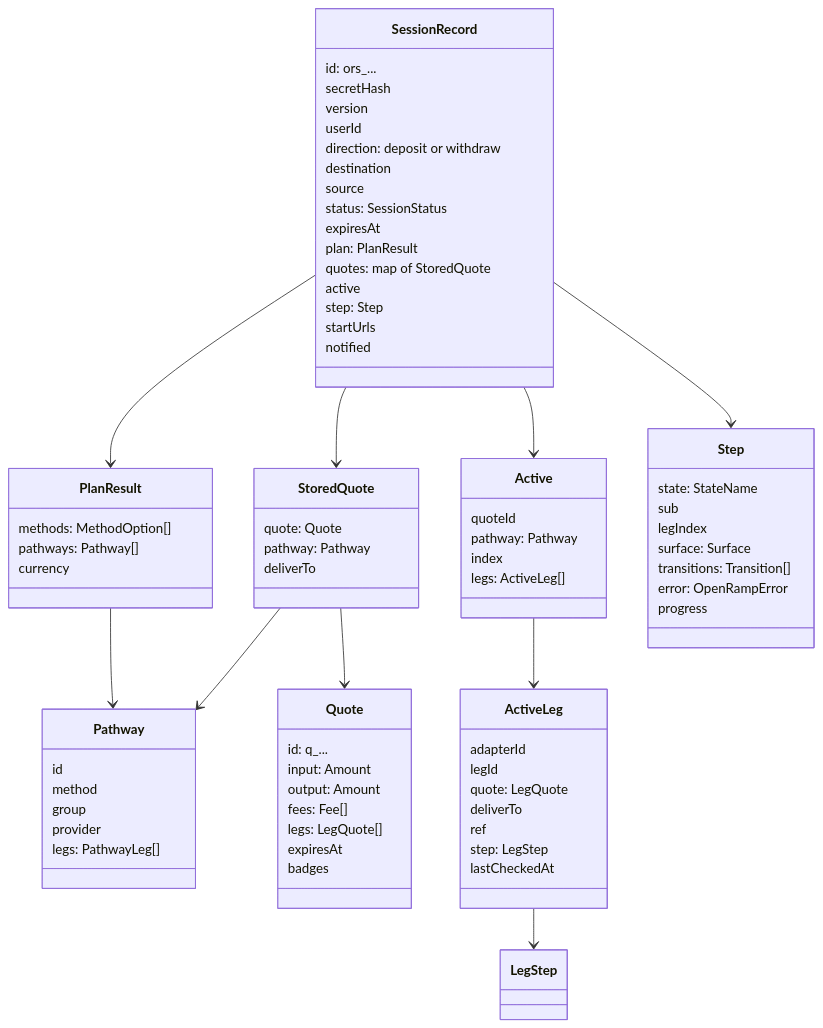
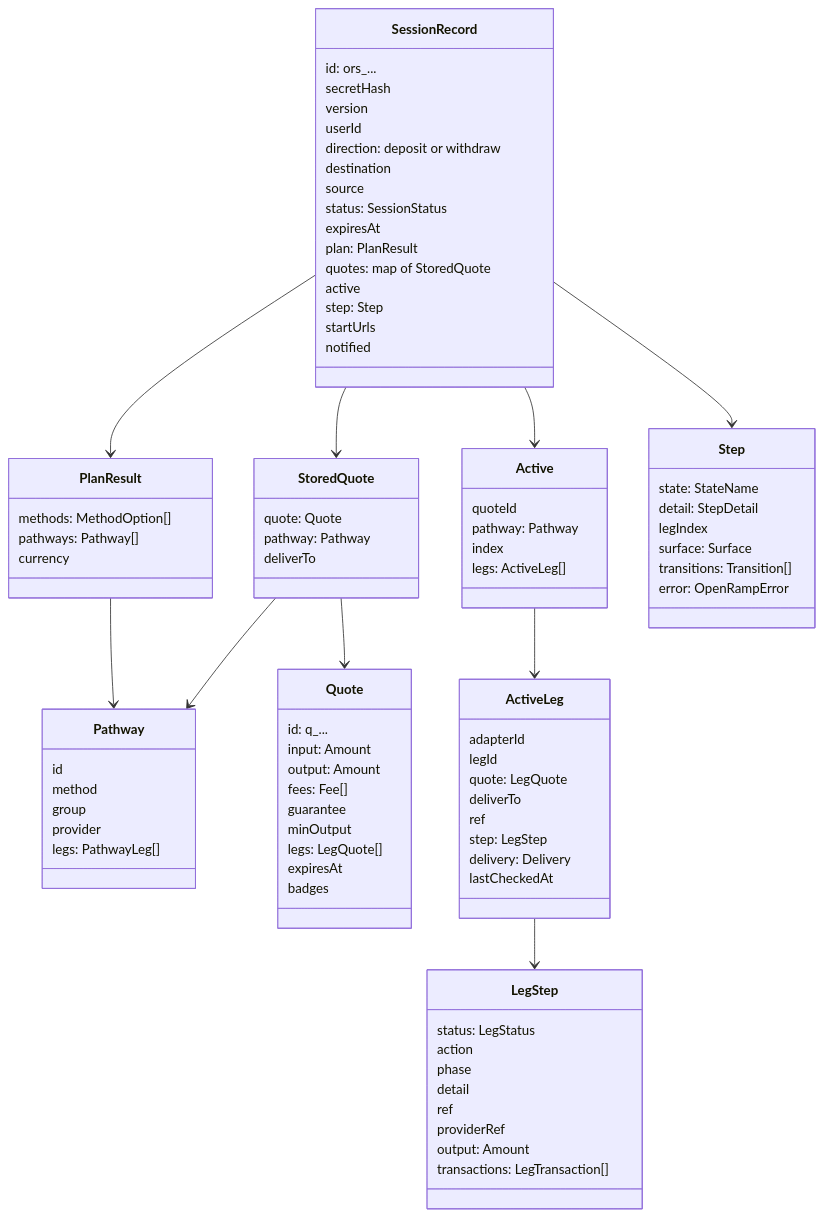
The third of 5 diagrams in docs/concepts/architecture.md (yosriady/openrampkit), drawn with Mermaid before and after one commit. The commit also changed other lines of this file and 39 other files, not shown here.

```diff
--- a/docs/concepts/architecture.md
+++ b/docs/concepts/architecture.md
@@ -140,6 +140,8 @@
     input: Amount
     output: Amount
     fees: Fee[]
+    guarantee
+    minOutput
     legs: LegQuote[]
     expiresAt
     badges
@@ -157,16 +159,26 @@
     deliverTo
     ref
     step: LegStep
+    delivery: Delivery
     lastCheckedAt
+  }
+  class LegStep {
+    status: LegStatus
+    action
+    phase
+    detail
+    ref
+    providerRef
+    output: Amount
+    transactions: LegTransaction[]
   }
   class Step {
     state: StateName
-    sub
+    detail: StepDetail
     legIndex
     surface: Surface
     transitions: Transition[]
     error: OpenRampError
-    progress
   }
   SessionRecord --> PlanResult
   PlanResult --> Pathway
```
